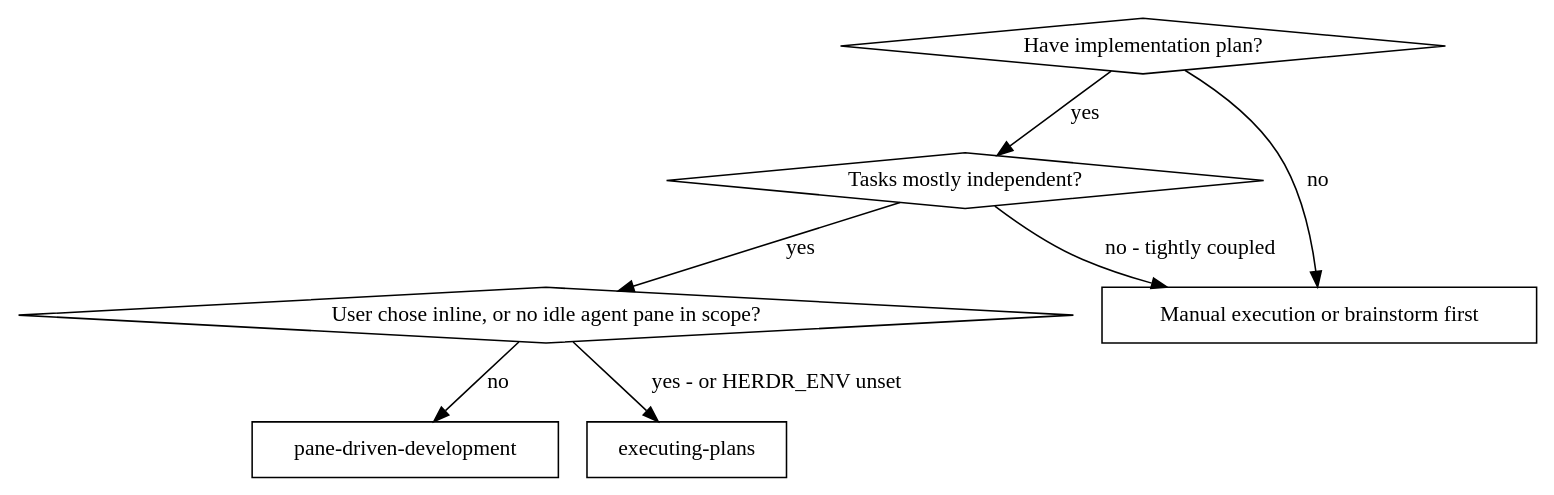
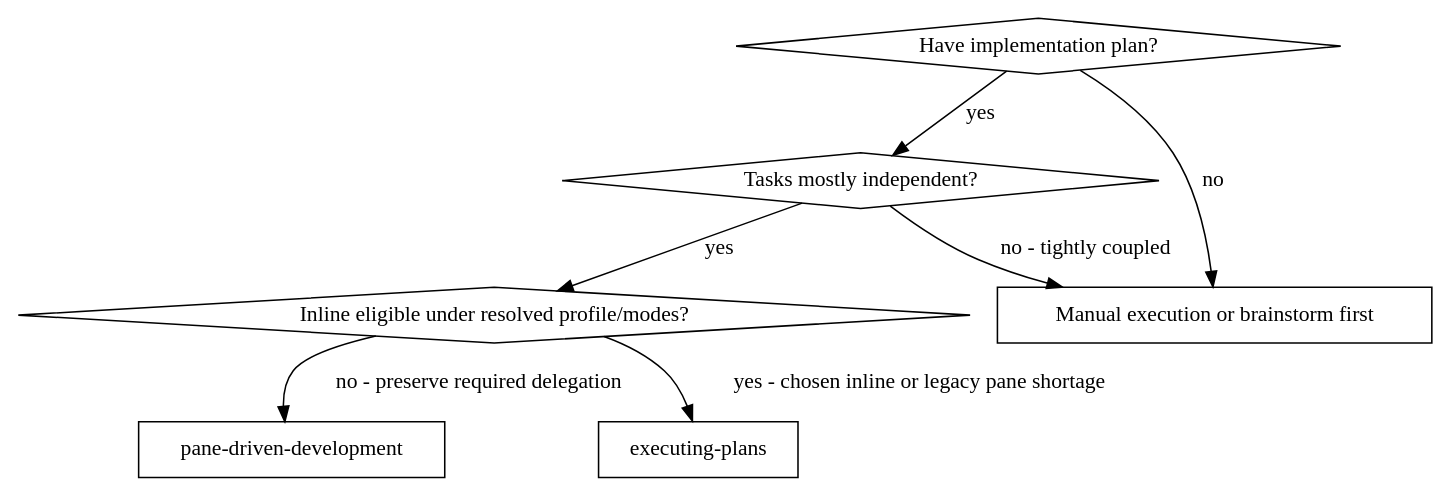
Before and after one commit to transparent-pegasus/herdrpowers: the diagram in skills/pane-driven-development/SKILL.md, drawn with Graphviz. The commit also changed other lines of this file and 41 other files, not shown here.

````diff
--- a/skills/pane-driven-development/SKILL.md
+++ b/skills/pane-driven-development/SKILL.md
@@ -52,17 +53,17 @@
 ```dot
 digraph when_to_use {
     "Have implementation plan?" [shape=diamond];
     "Tasks mostly independent?" [shape=diamond];
-    "User chose inline, or no idle agent pane in scope?" [shape=diamond];
+    "Inline eligible under resolved profile/modes?" [shape=diamond];
     "pane-driven-development" [shape=box];
     "executing-plans" [shape=box];
     "Manual execution or brainstorm first" [shape=box];
 
     "Have implementation plan?" -> "Tasks mostly independent?" [label="yes"];
     "Have implementation plan?" -> "Manual execution or brainstorm first" [label="no"];
-    "Tasks mostly independent?" -> "User chose inline, or no idle agent pane in scope?" [label="yes"];
+    "Tasks mostly independent?" -> "Inline eligible under resolved profile/modes?" [label="yes"];
     "Tasks mostly independent?" -> "Manual execution or brainstorm first" [label="no - tightly coupled"];
-    "User chose inline, or no idle agent pane in scope?" -> "executing-plans" [label="yes - or HERDR_ENV unset"];
-    "User chose inline, or no idle agent pane in scope?" -> "pane-driven-development" [label="no"];
+    "Inline eligible under resolved profile/modes?" -> "executing-plans" [label="yes - chosen inline or legacy pane shortage"];
+    "Inline eligible under resolved profile/modes?" -> "pane-driven-development" [label="no - preserve required delegation"];
 }
 ```
````
